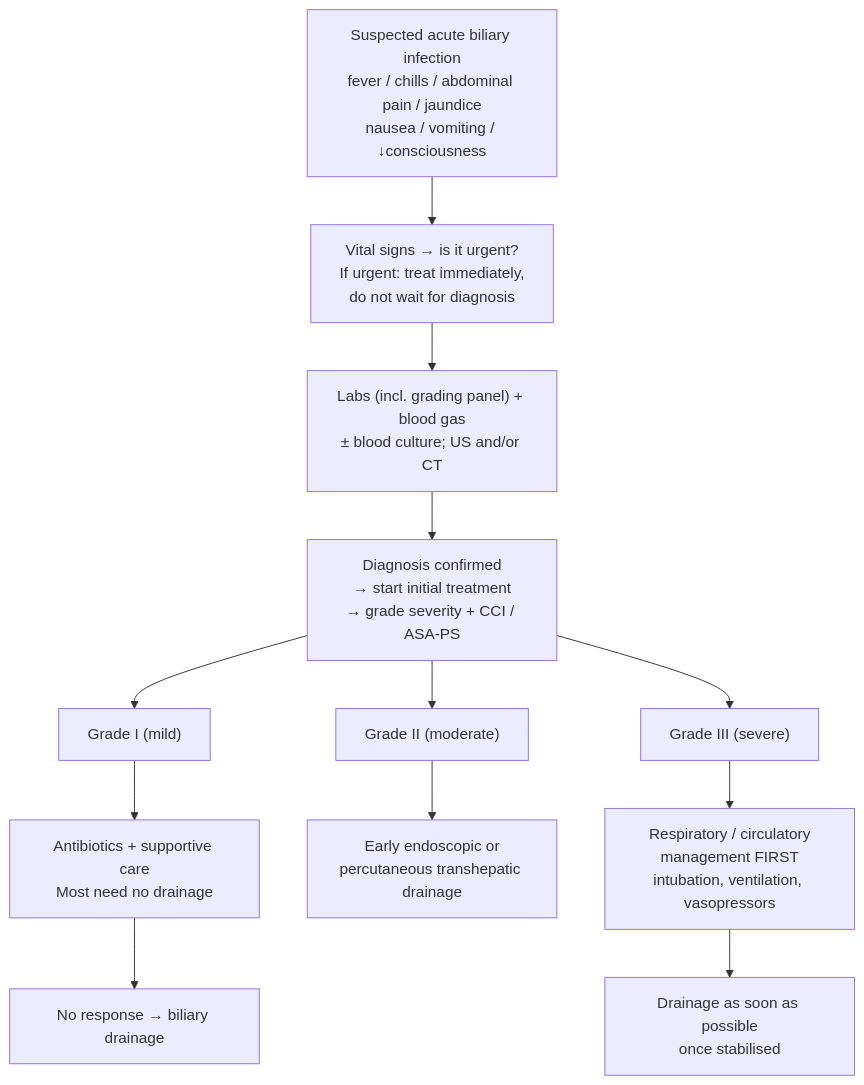
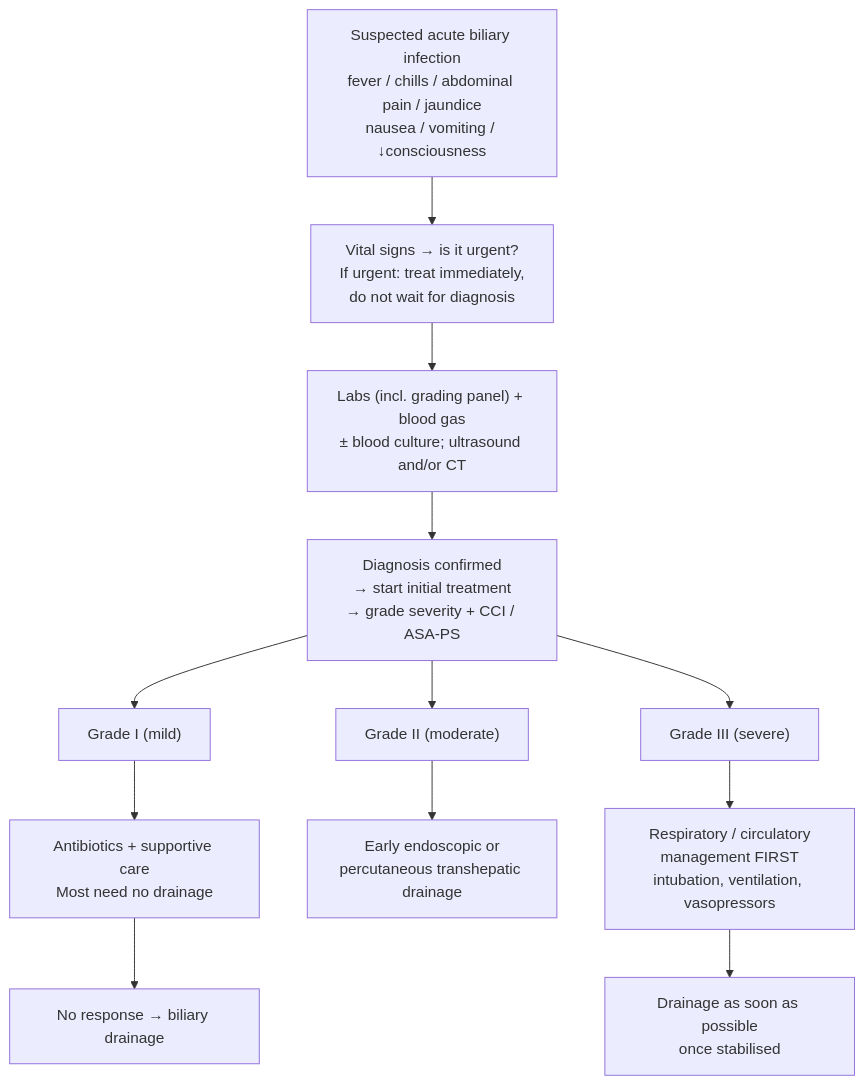
One commit to KHNickLeMD/KHNL-GI-Wiki changed the diagram in KHNL-GI-Wiki/wiki/1-disease-scripts/pancreaticobiliary-diseases/acute-cholangitis.md. Above: the diagram before and after it, drawn with Mermaid. The commit also changed other lines of this file and 620 other files, not shown here.

````diff
--- a/KHNL-GI-Wiki/wiki/1-disease-scripts/pancreaticobiliary-diseases/acute-cholangitis.md
+++ b/KHNL-GI-Wiki/wiki/1-disease-scripts/pancreaticobiliary-diseases/acute-cholangitis.md
@@ -143,14 +143,14 @@
 ```mermaid
 flowchart TD
     A["Suspected acute biliary infection<br/>fever / chills / abdominal pain / jaundice<br/>nausea / vomiting / ↓consciousness"] --> B["Vital signs → is it urgent?<br/>If urgent: treat immediately,<br/>do not wait for diagnosis"]
-    B --> C["Labs (incl. grading panel) + blood gas<br/>± blood culture; US and/or CT"]
+    B --> C["Labs (incl. grading panel) + blood gas<br/>± blood culture; ultrasound and/or CT"]
     C --> D["Diagnosis confirmed<br/>→ start initial treatment<br/>→ grade severity + CCI / ASA-PS"]
     D --> E["Grade I (mild)"]
     D --> F["Grade II (moderate)"]
     D --> G["Grade III (severe)"]
     E --> E1["Antibiotics + supportive care<br/>Most need no drainage"]
     E1 --> E2["No response → biliary drainage"]
     F --> F1["Early endoscopic or<br/>percutaneous transhepatic drainage"]
     G --> G1["Respiratory / circulatory<br/>management FIRST<br/>intubation, ventilation, vasopressors"]
     G1 --> G2["Drainage as soon as possible<br/>once stabilised"]
 ```
````
